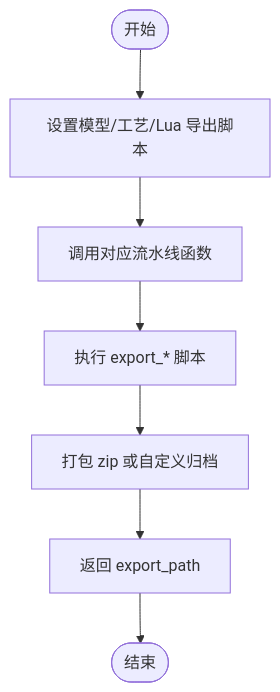
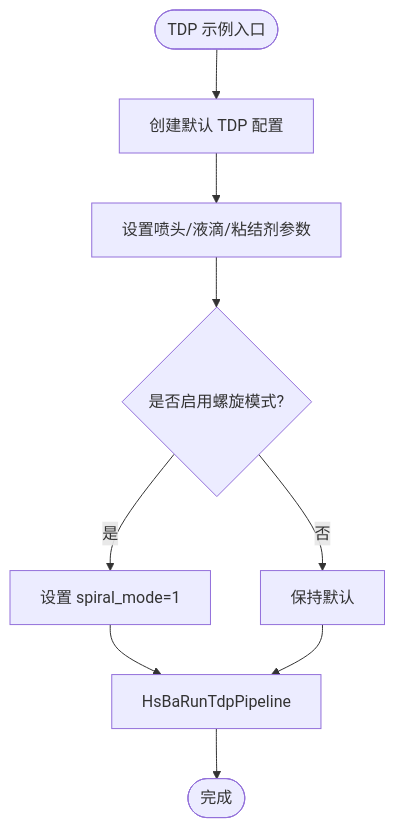
One commit to hsmbanlance/HsBaSlicer changed the seventh of 16 diagrams in .qoder/repowiki/zh/content/示例与教程/示例与教程.md. Above: the diagram before and after it, drawn with Mermaid. The commit also changed other lines of this file and 1095 other files, not shown here.

````diff
--- a/.qoder/repowiki/zh/content/示例与教程/示例与教程.md
+++ b/.qoder/repowiki/zh/content/示例与教程/示例与教程.md
@@ -221,9 +310,11 @@
 ```mermaid
 flowchart TD
-Start(["开始"]) --> Cfg["设置模型/工艺/Lua 导出脚本"]
-Cfg --> Run["调用对应流水线函数"]
-Run --> Lua["执行 export_* 脚本"]
-Lua --> Pack["打包 zip 或自定义归档"]
-Pack --> Result["返回 export_path"]
-Result --> End(["结束"])
+Start(["TDP 示例入口"]) --> LoadCfg["创建默认 TDP 配置"]
+LoadCfg --> SetBinder["设置喷头/液滴/粘结剂参数"]
+SetBinder --> Spiral{"是否启用螺旋模式?"}
+Spiral --> |是| EnableSpiral["设置 spiral_mode=1"]
+Spiral --> |否| SkipSpiral["保持默认"]
+EnableSpiral --> Run["HsBaRunTdpPipeline"]
+SkipSpiral --> Run
+Run --> Done(["完成"])
 ```
````
